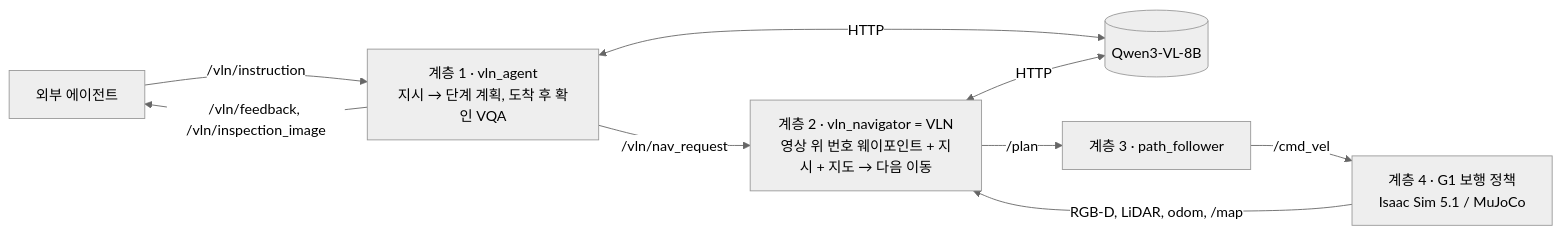
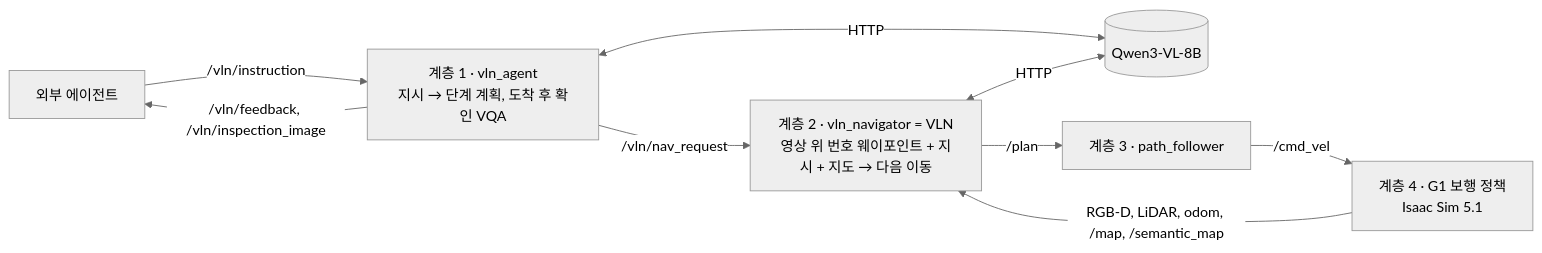
Before and after one commit to alsgyu/G1-sim-Factory: the diagram in README.md, drawn with Mermaid (neutral theme). The commit also changed other lines of this file and 16 other files, not shown here.

First line of the commit message:
Interactive VLN console, topological route in VLN prompts, paper-style scene graph figures

````diff
--- a/README.md
+++ b/README.md
@@ -96,10 +96,10 @@
 ```mermaid
 flowchart LR
   EA[외부 에이전트] -- "/vln/instruction" --> VA[계층 1 · vln_agent<br/>지시 → 단계 계획, 도착 후 확인 VQA]
   VA -- "/vln/feedback, /vln/inspection_image" --> EA
   VA -- "/vln/nav_request" --> VN[계층 2 · vln_navigator = VLN<br/>영상 위 번호 웨이포인트 + 지시 + 지도 → 다음 이동]
   VA & VN <-- "HTTP" --> VLM[(Qwen3-VL-8B)]
   VN -- "/plan" --> PF[계층 3 · path_follower]
-  PF -- "/cmd_vel" --> SIM[계층 4 · G1 보행 정책<br/>Isaac Sim 5.1 / MuJoCo]
-  SIM -- "RGB-D, LiDAR, odom, /map" --> VN
+  PF -- "/cmd_vel" --> SIM[계층 4 · G1 보행 정책<br/>Isaac Sim 5.1]
+  SIM -- "RGB-D, LiDAR, odom, /map, /semantic_map" --> VN
 ```
````
